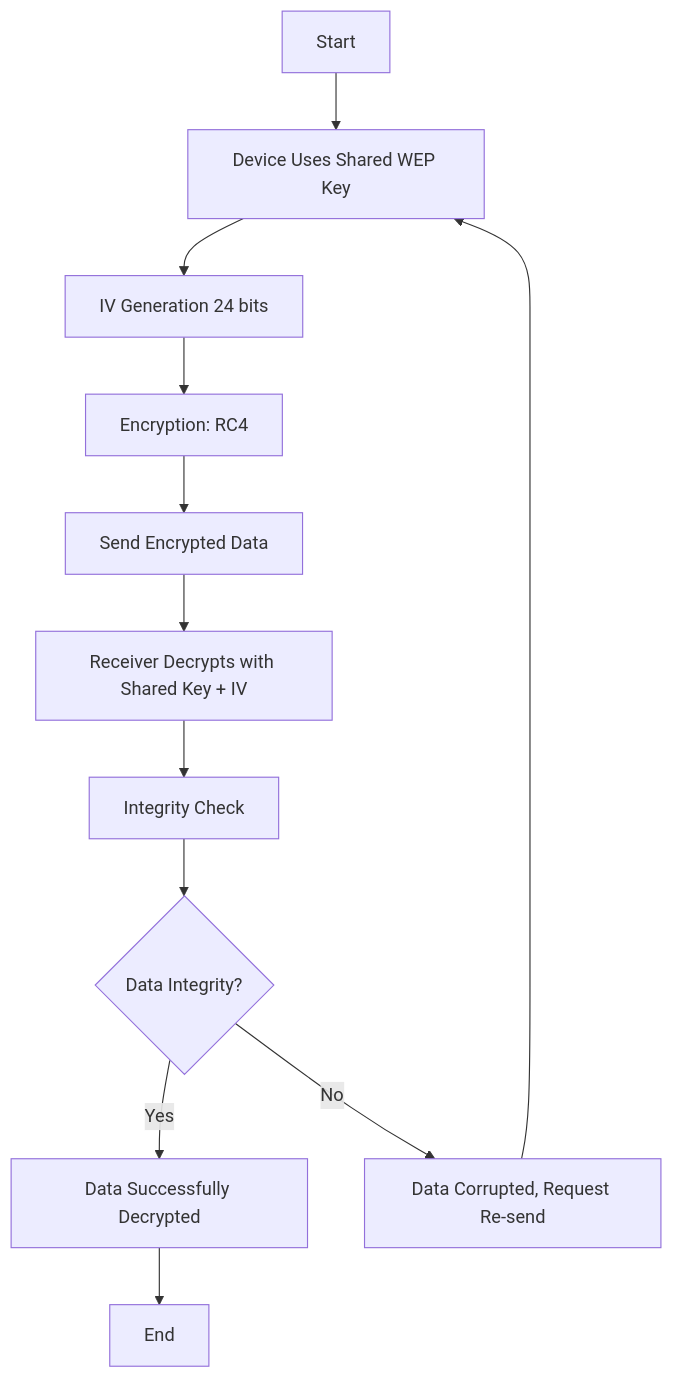
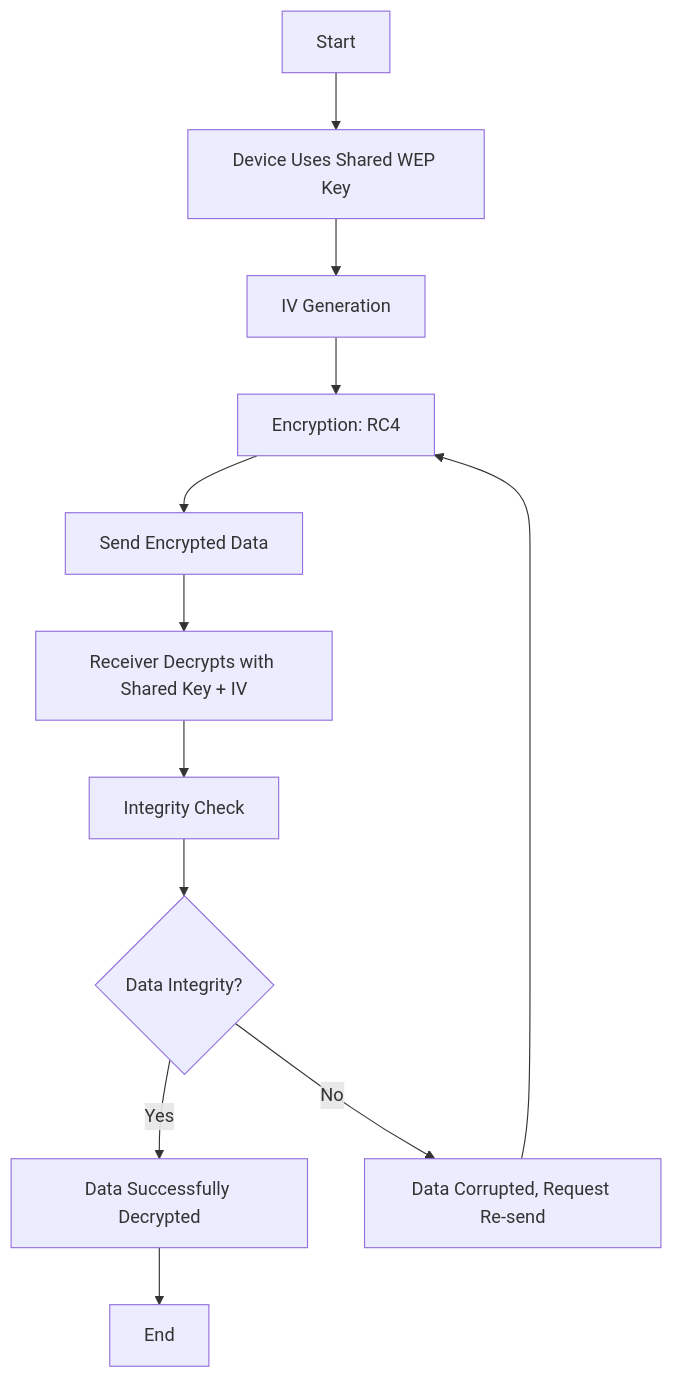
One commit to Kent1mrqs/WiFEncryptionSimulation changed the diagram in Cryptography/WEP/README.md. Above: the diagram before and after it, drawn with Mermaid. The commit also changed other lines of this file and 10 other files, not shown here.

````diff
--- a/Cryptography/WEP/README.md
+++ b/Cryptography/WEP/README.md
@@ -14,15 +18,14 @@
-```mermaid
-graph TD
-   A[Start] --> B[Device Uses Shared WEP Key]
-   B --> C[IV Generation 24 bits]
-   C --> D[Encryption: RC4]
-   D --> E[Send Encrypted Data]
-   E --> F[Receiver Decrypts with Shared Key + IV]
-   F --> G[Integrity Check ]
-   G --> H{Data Integrity?}
-   H -- Yes --> I[Data Successfully Decrypted]
-   H -- No --> J[Data Corrupted, Request Re-send]
-   J --> B
-   I --> K[End]
-
-```
+```mermaid  
+graph TD  
+   A[Start] --> B[Device Uses Shared WEP Key]  
+   B --> C[IV Generation]  
+   C --> D[Encryption: RC4]  
+   D --> E[Send Encrypted Data]  
+   E --> F[Receiver Decrypts with Shared Key + IV]  
+   F --> G[Integrity Check ]  
+   G --> H{Data Integrity?}  
+   H -- Yes --> I[Data Successfully Decrypted]  
+   H -- No --> J[Data Corrupted, Request Re-send]  
+   J --> D  
+   I --> K[End]  
+```  
````
